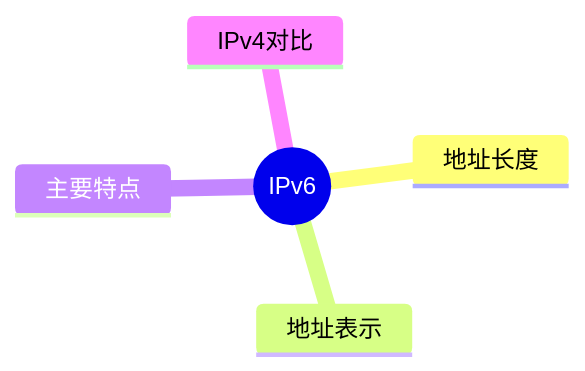
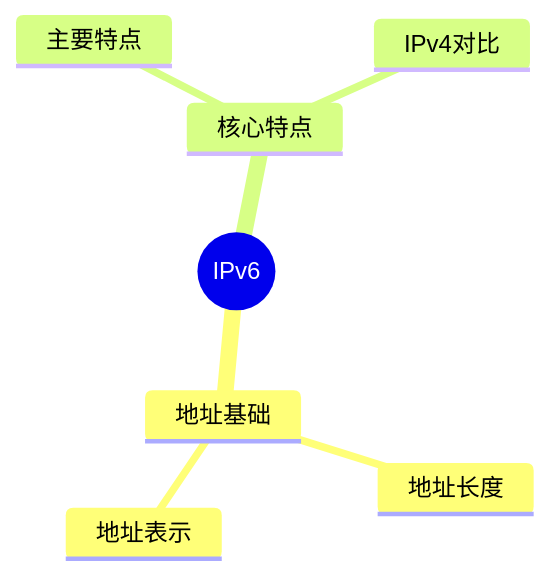
Before and after one commit to skylonely/sgao-website: the first of 2 diagrams in docs/ruankao/system-architect/chapters/chapter-05/11-ipv6.md, drawn with Mermaid. The commit also changed other lines of this file and 39 other files, not shown here.

Commit message:
fix: Mermaid 思维导图

````diff
--- a/docs/ruankao/system-architect/chapters/chapter-05/11-ipv6.md
+++ b/docs/ruankao/system-architect/chapters/chapter-05/11-ipv6.md
@@ -35,8 +35,10 @@
 ```mermaid
 mindmap
   root((IPv6))
-    地址长度
-    地址表示
-    主要特点
-    IPv4对比
+    地址基础
+      地址长度
+      地址表示
+    核心特点
+      主要特点
+      IPv4对比
 ```
````
